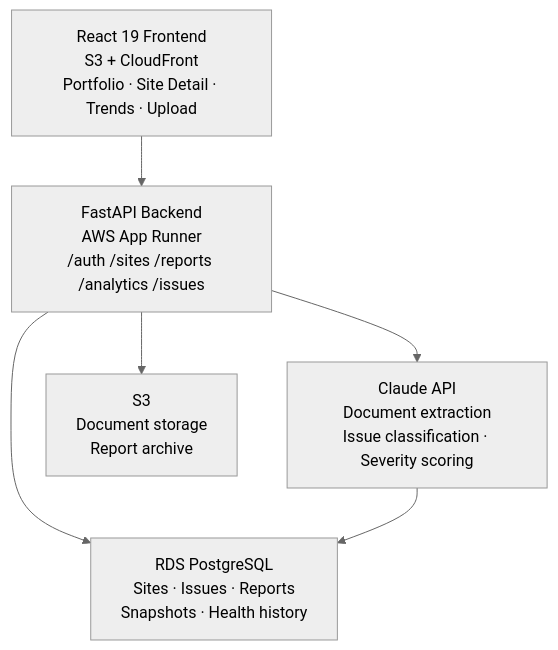
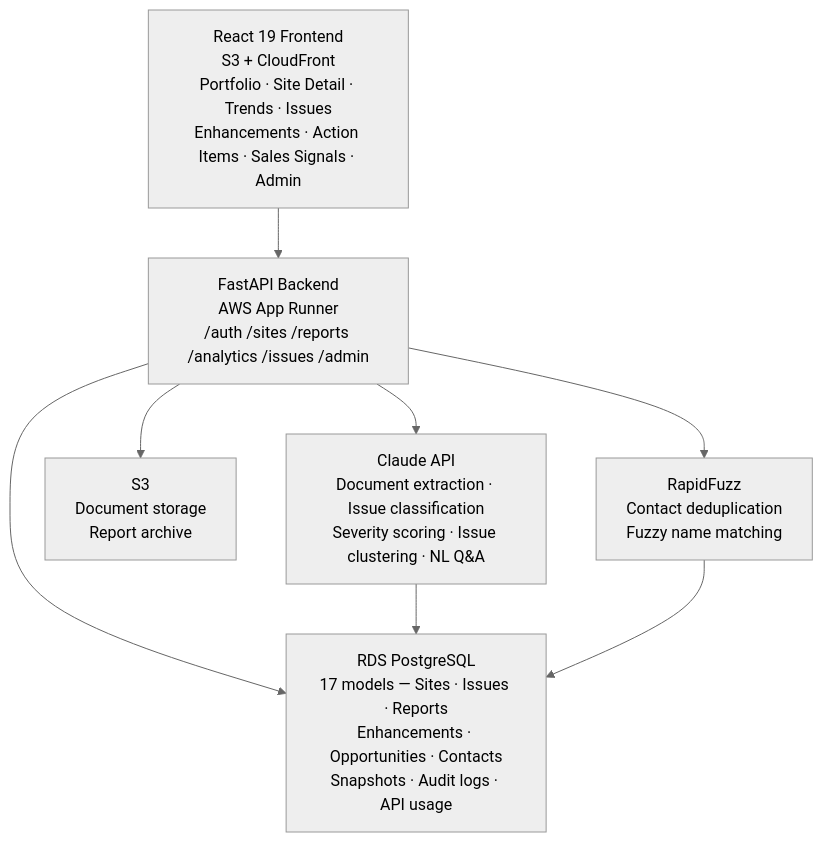
Before and after one commit to chrisgeaton/livedata-sitehealth-case-study: the diagram in README.md, drawn with Mermaid (neutral theme). The commit also changed other lines of this file, not shown here.

Commit message:
Add issue clustering, sales signals, enhancements, admin, and contact dedup to README

````diff
--- a/README.md
+++ b/README.md
@@ -63,8 +88,10 @@
 ```mermaid
 flowchart TD
-    A["React 19 Frontend\nS3 + CloudFront\nPortfolio · Site Detail · Trends · Upload"] --> B["FastAPI Backend\nAWS App Runner\n/auth /sites /reports /analytics /issues"]
-    B --> C["RDS PostgreSQL\nSites · Issues · Reports\nSnapshots · Health history"]
-    B --> D["Claude API\nDocument extraction\nIssue classification · Severity scoring"]
+    A["React 19 Frontend\nS3 + CloudFront\nPortfolio · Site Detail · Trends · Issues\nEnhancements · Action Items · Sales Signals · Admin"] --> B["FastAPI Backend\nAWS App Runner\n/auth /sites /reports /analytics /issues /admin"]
+    B --> C["RDS PostgreSQL\n17 models — Sites · Issues · Reports\nEnhancements · Opportunities · Contacts\nSnapshots · Audit logs · API usage"]
+    B --> D["Claude API\nDocument extraction · Issue classification\nSeverity scoring · Issue clustering · NL Q&A"]
     B --> E["S3\nDocument storage\nReport archive"]
     D --> C
+    B --> F["RapidFuzz\nContact deduplication\nFuzzy name matching"]
+    F --> C
 ```
````
